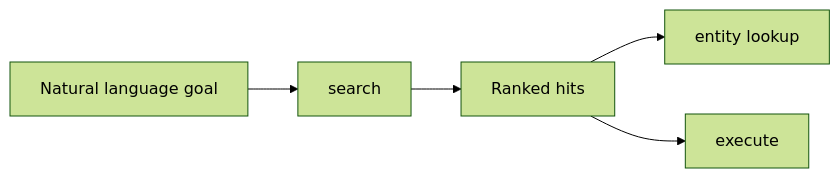
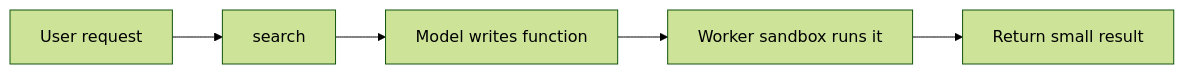
The first of 2 diagrams in docs/talks/kody-mcp-runtime/slides.md (kentcdodds/kody), drawn with Mermaid (forest theme) before and after one commit. The commit also changed other lines of this file and 2 other files, not shown here.

````diff
--- a/docs/talks/kody-mcp-runtime/slides.md
+++ b/docs/talks/kody-mcp-runtime/slides.md
@@ -64,7 +114,7 @@
 ```mermaid
 flowchart LR
-  goal[Natural language goal] --> searchTool[search]
-  searchTool --> ranked[Ranked hits]
-  ranked --> entity[entity lookup]
-  ranked --> execute[execute]
+  request[User request] --> search[search]
+  search --> model[Model writes function]
+  model --> sandbox[Worker sandbox runs it]
+  sandbox --> result[Return small result]
 ```
````
